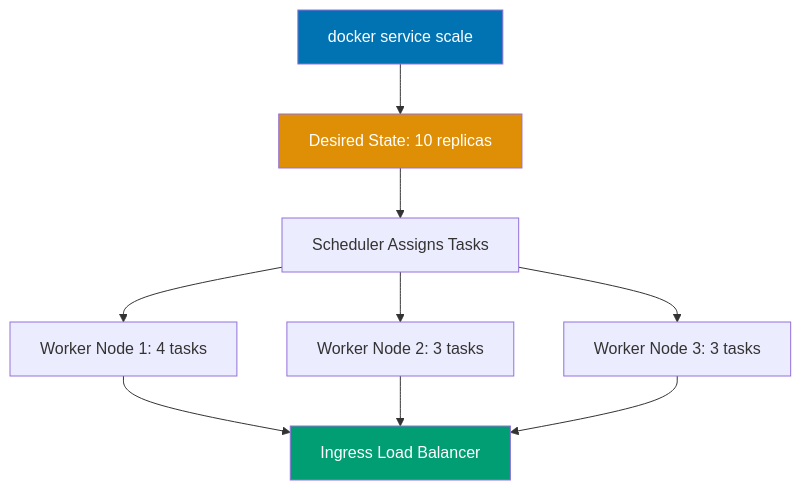
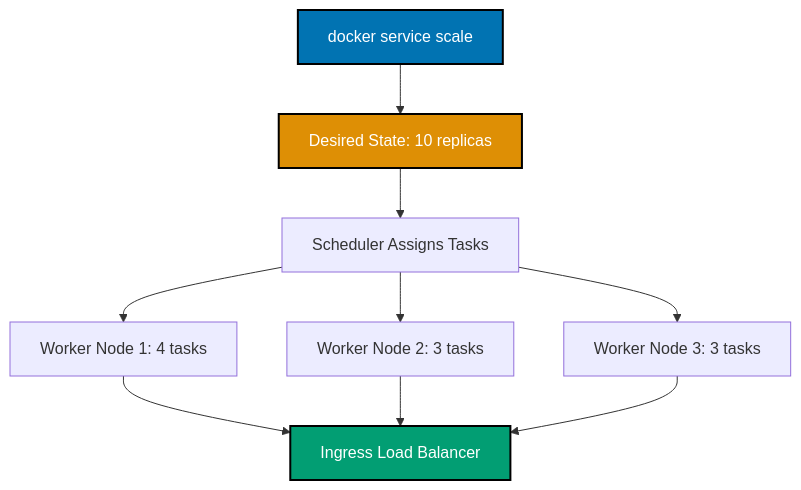
One commit to wahidyankf/open-sharia-enterprise changed the tenth of 14 diagrams in apps/ayokoding-web/content/en/learn/software-engineering/infrastructure/tools/docker/by-example/advanced.md. Above: the diagram before and after it, drawn with Mermaid. The commit also changed other lines of this file and 25 other files, not shown here.

````diff
--- a/apps/ayokoding-web/content/en/learn/software-engineering/infrastructure/tools/docker/by-example/advanced.md
+++ b/apps/ayokoding-web/content/en/learn/software-engineering/infrastructure/tools/docker/by-example/advanced.md
@@ -2624,15 +2633,16 @@
 ```mermaid
+%% Color Palette: Blue #0173B2, Orange #DE8F05, Teal #029E73, Purple #CC78BC, Brown #CA9161
 graph TD
     A["docker service scale"] --> B["Desired State: 10 replicas"]
     B --> C["Scheduler Assigns Tasks"]
     C --> D["Worker Node 1: 4 tasks"]
     C --> E["Worker Node 2: 3 tasks"]
     C --> F["Worker Node 3: 3 tasks"]
     D --> G["Ingress Load Balancer"]
     E --> G
     F --> G
 
-    style A fill:#0173B2,color:#fff
-    style B fill:#DE8F05,color:#fff
-    style G fill:#029E73,color:#fff
+    style A fill:#0173B2,stroke:#000000,stroke-width:2px,color:#fff
+    style B fill:#DE8F05,stroke:#000000,stroke-width:2px,color:#fff
+    style G fill:#029E73,stroke:#000000,stroke-width:2px,color:#fff
 ```
````
